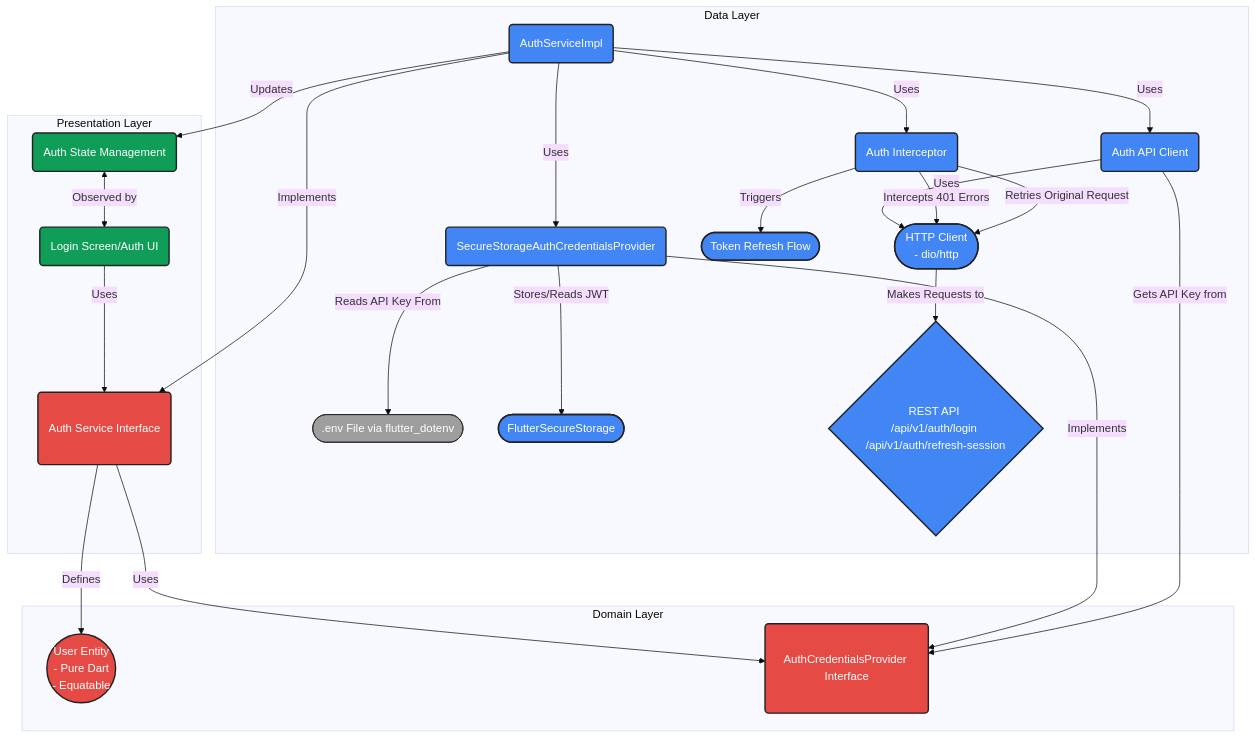
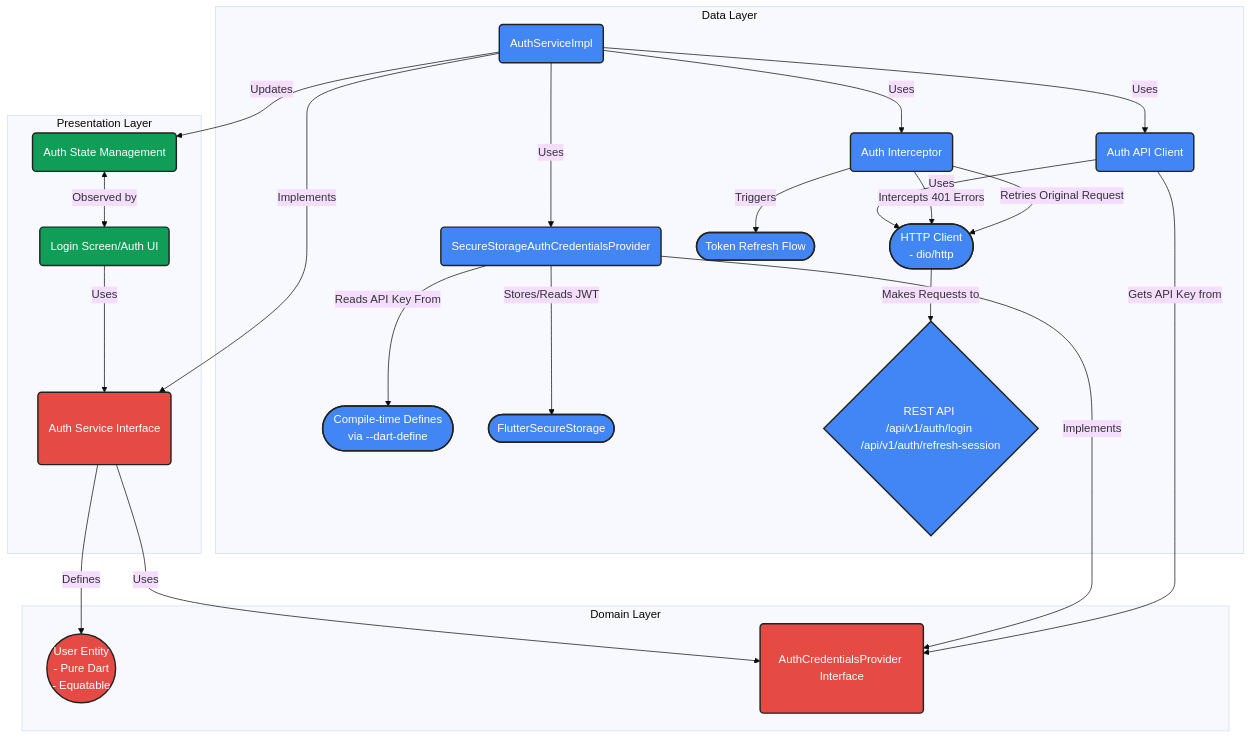
Before and after one commit to MediScribe/docjet-mobile: the first of 3 diagrams in docs/current/auth_architecture.md, drawn with Mermaid (base theme). The commit also changed other lines of this file and 9 other files, not shown here.

First line of the commit message:
Use compile-time defines (--dart-define) for API key configuration

````diff
--- a/docs/current/auth_architecture.md
+++ b/docs/current/auth_architecture.md
@@ -9,44 +9,43 @@
 ```mermaid
 graph TD
     subgraph "Presentation Layer"
         UI(Login Screen/Auth UI) -->|Uses| AuthService(Auth Service Interface)
         AuthState(Auth State Management) <-->|Observed by| UI
     end
 
     subgraph "Domain Layer"
         AuthService -->|Defines| User((User Entity<br>- Pure Dart<br>- Equatable))
         AuthService -->|Uses| AuthCredProvider(AuthCredentialsProvider Interface)
     end
 
     subgraph "Data Layer"
         AuthServiceImpl(AuthServiceImpl) -->|Implements| AuthService
         AuthServiceImpl -->|Uses| AuthApiClient(Auth API Client)
         AuthServiceImpl -->|Updates| AuthState
         AuthServiceImpl -->|Uses| AuthCredProviderImpl(SecureStorageAuthCredentialsProvider)
         AuthServiceImpl -->|Uses| AuthInterceptor(Auth Interceptor)
         
         AuthCredProviderImpl -->|Implements| AuthCredProvider
-        AuthCredProviderImpl -->|Reads API Key From| DotEnv([.env File via flutter_dotenv])
+        AuthCredProviderImpl -->|Reads API Key From| CompileDefines([Compile-time Defines<br>via --dart-define])
         AuthCredProviderImpl -->|Stores/Reads JWT| SecureStorage([FlutterSecureStorage])
         
         AuthApiClient -->|Uses| HttpClient([HTTP Client<br>- dio/http])
         AuthApiClient -->|Gets API Key from| AuthCredProvider
         
         AuthInterceptor -->|Intercepts 401 Errors| HttpClient
         AuthInterceptor -->|Triggers| TokenRefresh([Token Refresh Flow])
         AuthInterceptor -->|Retries Original Request| HttpClient
         
         HttpClient -->|Makes Requests to| AuthAPI{REST API /api/v1/auth/login /api/v1/auth/refresh-session}
     end
 
     %% Styling with improved contrast
     classDef domain fill:#E64A45,stroke:#222,stroke-width:2px,color:#fff,padding:15px;
     classDef data fill:#4285F4,stroke:#222,stroke-width:2px,color:#fff;
     classDef presentation fill:#0F9D58,stroke:#222,stroke-width:2px,color:#fff;
     classDef external fill:#9E9E9E,stroke:#222,stroke-width:1px,color:#fff;
 
     class UI,AuthState presentation;
     class AuthService,User,AuthCredProvider domain;
-    class AuthServiceImpl,AuthCredProviderImpl,SecureStorage,HttpClient,AuthAPI,AuthApiClient,AuthInterceptor,TokenRefresh data;
-    class DotEnv external;
+    class AuthServiceImpl,AuthCredProviderImpl,SecureStorage,HttpClient,AuthAPI,AuthApiClient,AuthInterceptor,TokenRefresh,CompileDefines data;
 ```
````
